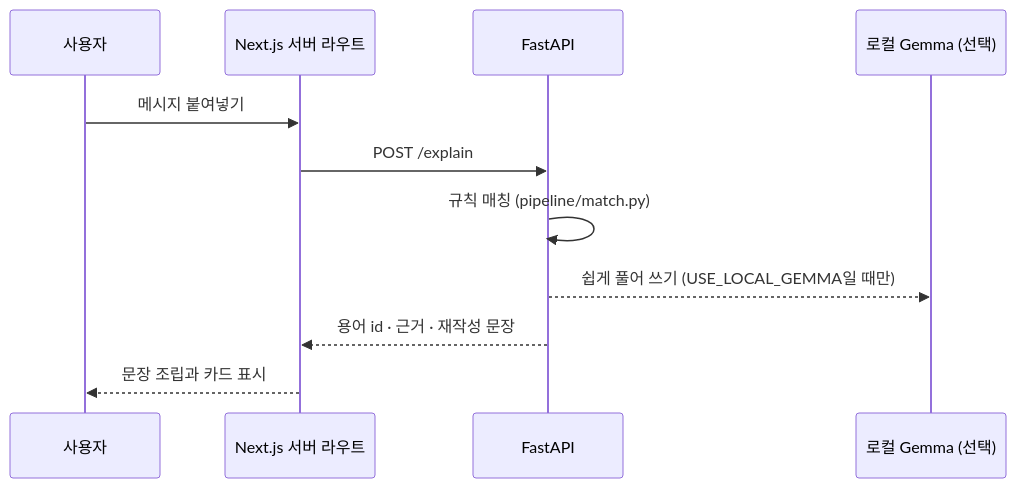
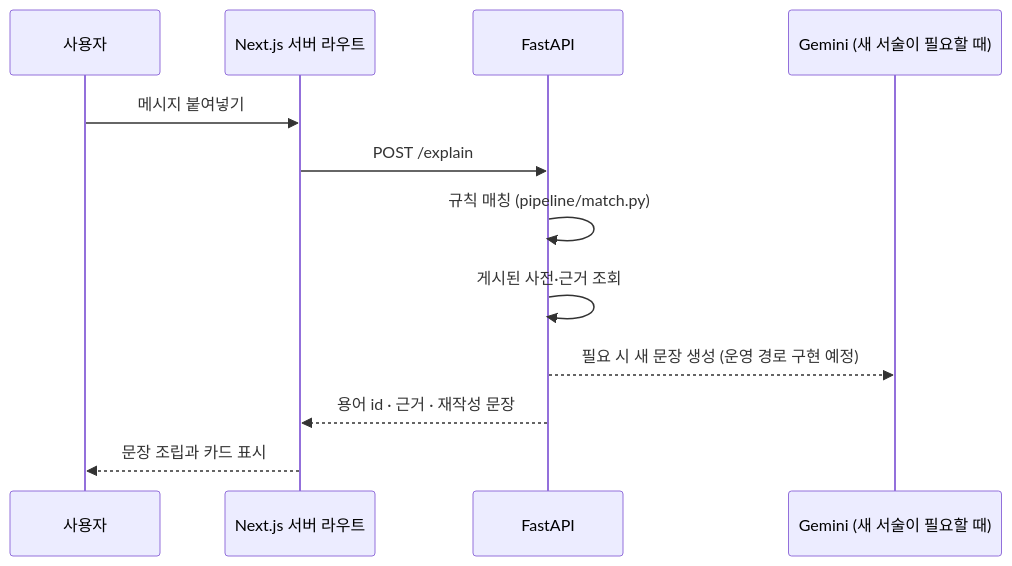
Before and after one commit to Sihyeon-Ji/trend-interpreter: the second of 3 diagrams in docs/운영/시스템-아키텍처.md, drawn with Mermaid. The commit also changed other lines of this file and 15 other files, not shown here.

````diff
--- a/docs/운영/시스템-아키텍처.md
+++ b/docs/운영/시스템-아키텍처.md
@@ -56,14 +56,15 @@
 ```mermaid
 sequenceDiagram
   participant U as 사용자
   participant W as Next.js 서버 라우트
   participant A as FastAPI
-  participant L as 로컬 Gemma (선택)
+  participant G as Gemini (새 서술이 필요할 때)
 
   U->>W: 메시지 붙여넣기
   W->>A: POST /explain
   A->>A: 규칙 매칭 (pipeline/match.py)
-  A-->>L: 쉽게 풀어 쓰기 (USE_LOCAL_GEMMA일 때만)
+  A->>A: 게시된 사전·근거 조회
+  A-->>G: 필요 시 새 문장 생성 (운영 경로 구현 예정)
   A-->>W: 용어 id · 근거 · 재작성 문장
   W-->>U: 문장 조립과 카드 표시
 ```
````
